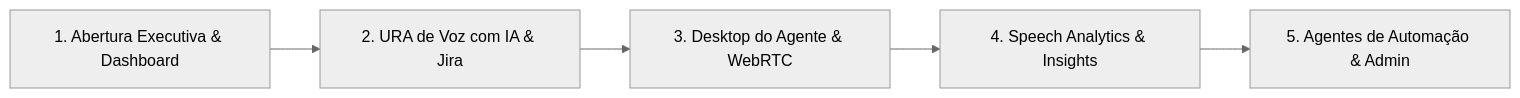
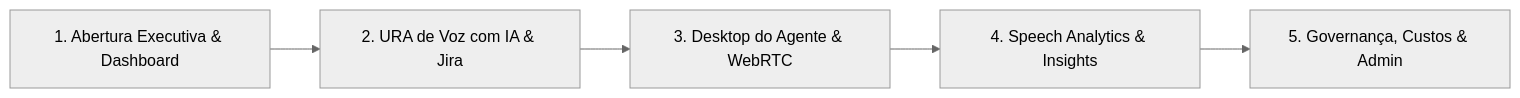
Before and after one commit to kaiohsc2017/VoipIA: the diagram in docs/ROTEIRO_TREINAMENTO_E_APRESENTACAO.md, drawn with Mermaid (neutral theme). The commit also changed other lines of this file and 9 other files, not shown here.

````diff
--- a/docs/ROTEIRO_TREINAMENTO_E_APRESENTACAO.md
+++ b/docs/ROTEIRO_TREINAMENTO_E_APRESENTACAO.md
@@ -15,7 +15,7 @@
 ```mermaid
 flowchart LR
     A["1. Abertura Executiva & Dashboard"] --> B["2. URA de Voz com IA & Jira"]
     B --> C["3. Desktop do Agente & WebRTC"]
     C --> D["4. Speech Analytics & Insights"]
-    D --> E["5. Agentes de Automação & Admin"]
+    D --> E["5. Governança, Custos & Admin"]
 ```
````
